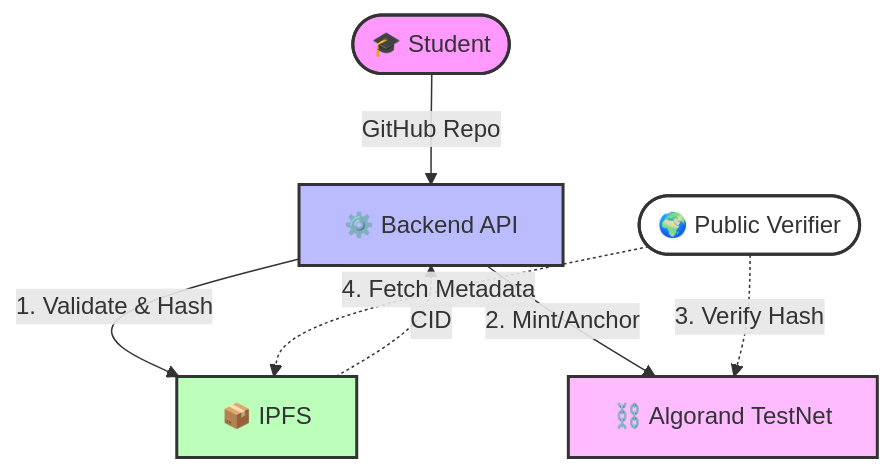
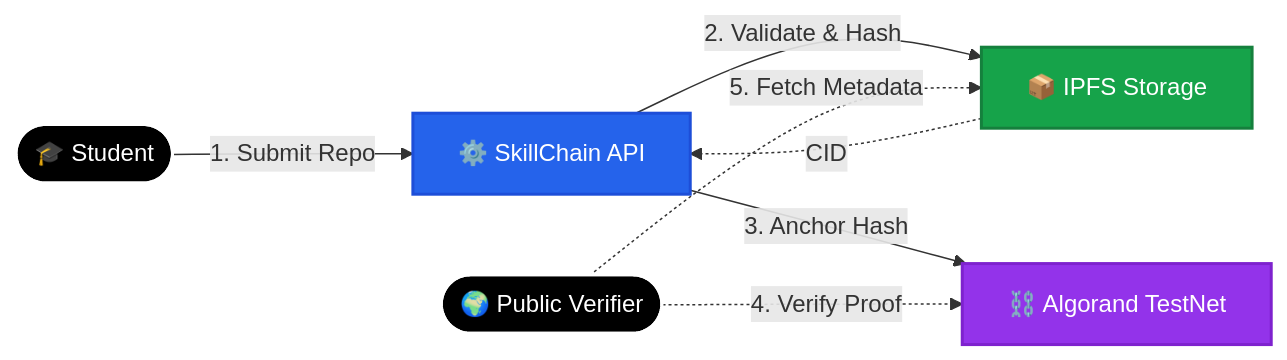
One commit to rushikesh249/skillchain changed the diagram in README.md. Above: the diagram before and after it, drawn with Mermaid.

Commit message:
docs: improve mermaid diagram visibility

````diff
--- a/README.md
+++ b/README.md
@@ -29,15 +29,23 @@
 ```mermaid
-graph TD
-    Student([🎓 Student]) -->|GitHub Repo| API[⚙️ Backend API]
-    API -->|1. Validate & Hash| IPFS[📦 IPFS]
+graph LR
+    %% Styles
+    classDef actor fill:#000000,stroke:#ffffff,stroke-width:2px,color:#ffffff;
+    classDef core fill:#2563eb,stroke:#1d4ed8,stroke-width:2px,color:#ffffff;
+    classDef storage fill:#16a34a,stroke:#15803d,stroke-width:2px,color:#ffffff;
+    classDef blockchain fill:#9333ea,stroke:#7e22ce,stroke-width:2px,color:#ffffff;
+    
+    %% Nodes
+    Student([🎓 Student]):::actor
+    API[⚙️ SkillChain API]:::core
+    IPFS[📦 IPFS Storage]:::storage
+    Algo[⛓️ Algorand TestNet]:::blockchain
+    Verifier([🌍 Public Verifier]):::actor
+
+    %% Flow
+    Student -->|1. Submit Repo| API
+    API -->|2. Validate & Hash| IPFS
     IPFS -.->|CID| API
-    API -->|2. Mint/Anchor| Algo[⛓️ Algorand TestNet]
-    Public([🌍 Public Verifier]) -.->|3. Verify Hash| Algo
-    Public -.->|4. Fetch Metadata| IPFS
-    
-    style Student fill:#f9f,stroke:#333,stroke-width:2px
-    style API fill:#bbf,stroke:#333,stroke-width:2px
-    style IPFS fill:#bfb,stroke:#333,stroke-width:2px
-    style Algo fill:#fbf,stroke:#333,stroke-width:2px
-    style Public fill:#fff,stroke:#333,stroke-width:2px
+    API -->|3. Anchor Hash| Algo
+    Verifier -.->|4. Verify Proof| Algo
+    Verifier -.->|5. Fetch Metadata| IPFS
 ```
````
